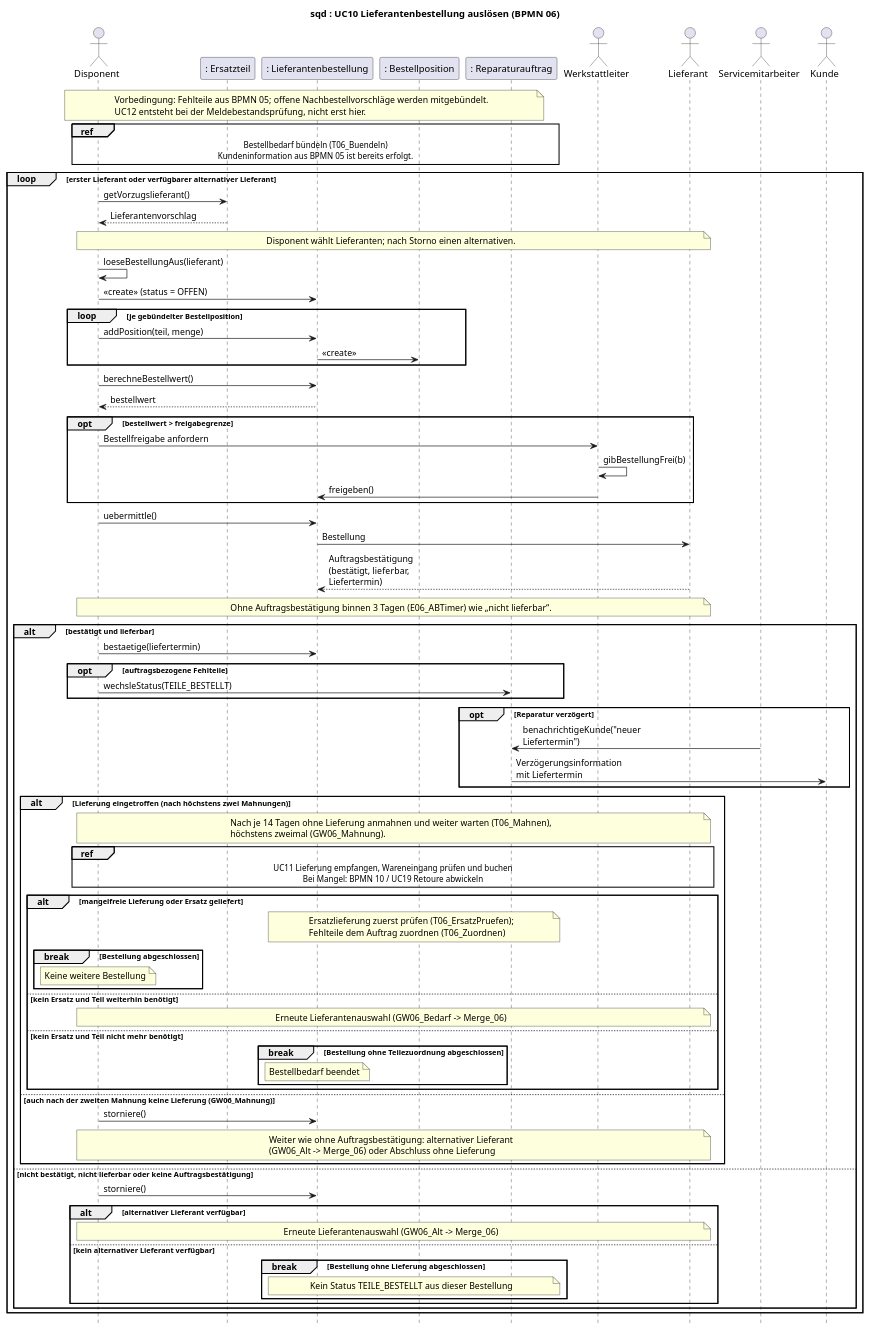
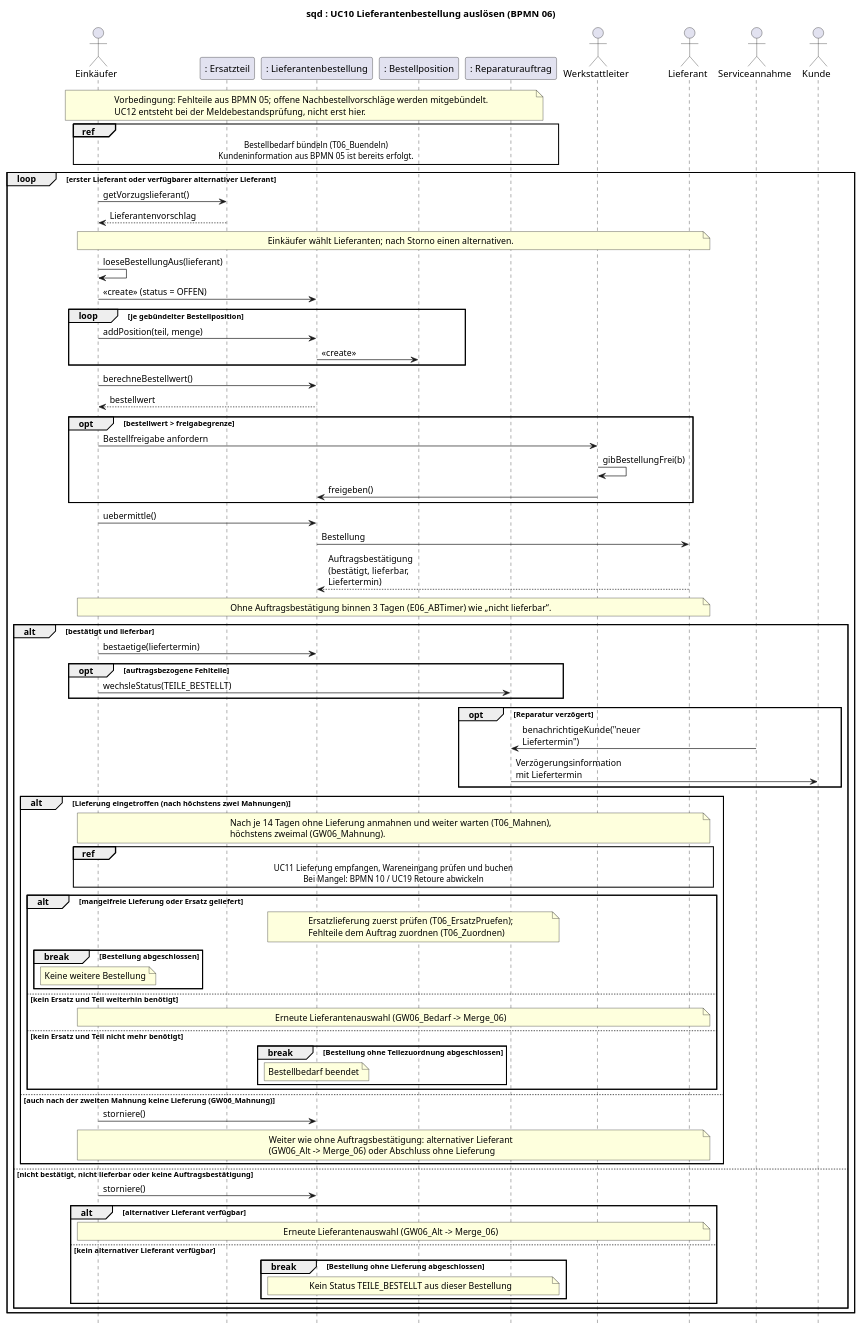
The diagram in 2_uml/entwurf-plantuml/sequenz-06-nachbestellvorschlag.puml (jakobschwan123-cmd/casestudy-semester-3), drawn with PlantUML before and after one commit. The commit also changed 28 other files, not shown here.

```diff
--- a/2_uml/entwurf-plantuml/sequenz-06-nachbestellvorschlag.puml
+++ b/2_uml/entwurf-plantuml/sequenz-06-nachbestellvorschlag.puml
@@ -1,82 +1,82 @@
 @startuml
 ' BPMN: p06-ersatzteilbestellung.bpmn
 ' BPMN-Nodes: T06_Buendeln T06_Lieferant T06_Bestellung GW06_Grenze T06_Freigabe T06_Senden GW06_AB E06_AB E06_ABTimer GW06_Lieferbar T06_Storno T06_Alternative GW06_Alt T06_Termin GW06_Verzoegert T06_KundeInfo GW06_Lief E06_Lieferung E06_LiefTimer GW06_Mahnung T06_Mahnen T06_Wareneingang GW06_Mangelfrei T06_Retoure GW06_Ersatz T06_ErsatzPruefen GW06_Bedarf T06_Zuordnen
 title sqd : UC10 Lieferantenbestellung auslösen (BPMN 06)
 skinparam defaultFontName Arial
 skinparam sequenceMessageAlign left
 skinparam maxMessageSize 160
 hide footbox
 
-actor Disponent
+actor "Einkäufer" as Disponent
 participant ": Ersatzteil" as ET
 participant ": Lieferantenbestellung" as BEST
 participant ": Bestellposition" as POS
 participant ": Reparaturauftrag" as RA
 actor Werkstattleiter as WL
 actor Lieferant
-actor Servicemitarbeiter as SM
+actor Serviceannahme as SM
 actor Kunde
 
 note over Disponent, RA : Vorbedingung: Fehlteile aus BPMN 05; offene Nachbestellvorschläge werden mitgebündelt.\nUC12 entsteht bei der Meldebestandsprüfung, nicht erst hier.
 ref over Disponent, RA : Bestellbedarf bündeln (T06_Buendeln)\nKundeninformation aus BPMN 05 ist bereits erfolgt.
 loop erster Lieferant oder verfügbarer alternativer Lieferant
     Disponent -> ET : getVorzugslieferant()
     ET --> Disponent : Lieferantenvorschlag
-    note over Disponent, Lieferant : Disponent wählt Lieferanten; nach Storno einen alternativen.
+    note over Disponent, Lieferant : Einkäufer wählt Lieferanten; nach Storno einen alternativen.
     Disponent -> Disponent : loeseBestellungAus(lieferant)
     Disponent -> BEST : <<create>> (status = OFFEN)
     loop je gebündelter Bestellposition
         Disponent -> BEST : addPosition(teil, menge)
         BEST -> POS : <<create>>
     end
     Disponent -> BEST : berechneBestellwert()
     BEST --> Disponent : bestellwert
     opt bestellwert > freigabegrenze
         Disponent -> WL : Bestellfreigabe anfordern
         WL -> WL : gibBestellungFrei(b)
         WL -> BEST : freigeben()
     end
     Disponent -> BEST : uebermittle()
     BEST -> Lieferant : Bestellung
     Lieferant --> BEST : Auftragsbestätigung (bestätigt, lieferbar, Liefertermin)
     note over Disponent, Lieferant : Ohne Auftragsbestätigung binnen 3 Tagen (E06_ABTimer) wie „nicht lieferbar“.
     alt bestätigt und lieferbar
         Disponent -> BEST : bestaetige(liefertermin)
         opt auftragsbezogene Fehlteile
             Disponent -> RA : wechsleStatus(TEILE_BESTELLT)
         end
         opt Reparatur verzögert
             SM -> RA : benachrichtigeKunde("neuer Liefertermin")
             RA -> Kunde : Verzögerungsinformation mit Liefertermin
         end
         alt Lieferung eingetroffen (nach höchstens zwei Mahnungen)
             note over Disponent, Lieferant : Nach je 14 Tagen ohne Lieferung anmahnen und weiter warten (T06_Mahnen),\nhöchstens zweimal (GW06_Mahnung).
             ref over Disponent, BEST, Lieferant : UC11 Lieferung empfangen, Wareneingang prüfen und buchen\nBei Mangel: BPMN 10 / UC19 Retoure abwickeln
             alt mangelfreie Lieferung oder Ersatz geliefert
                 note over BEST, RA : Ersatzlieferung zuerst prüfen (T06_ErsatzPruefen);\nFehlteile dem Auftrag zuordnen (T06_Zuordnen)
                 break Bestellung abgeschlossen
                     note over Disponent : Keine weitere Bestellung
                 end
             else kein Ersatz und Teil weiterhin benötigt
                 note over Disponent, Lieferant : Erneute Lieferantenauswahl (GW06_Bedarf -> Merge_06)
             else kein Ersatz und Teil nicht mehr benötigt
                 break Bestellung ohne Teilezuordnung abgeschlossen
                     note over BEST : Bestellbedarf beendet
                 end
             end
         else auch nach der zweiten Mahnung keine Lieferung (GW06_Mahnung)
             Disponent -> BEST : storniere()
             note over Disponent, Lieferant : Weiter wie ohne Auftragsbestätigung: alternativer Lieferant\n(GW06_Alt -> Merge_06) oder Abschluss ohne Lieferung
         end
     else nicht bestätigt, nicht lieferbar oder keine Auftragsbestätigung
         Disponent -> BEST : storniere()
         alt alternativer Lieferant verfügbar
             note over Disponent, Lieferant : Erneute Lieferantenauswahl (GW06_Alt -> Merge_06)
         else kein alternativer Lieferant verfügbar
             break Bestellung ohne Lieferung abgeschlossen
                 note over BEST, RA : Kein Status TEILE_BESTELLT aus dieser Bestellung
             end
         end
     end
 end
 @enduml
```
